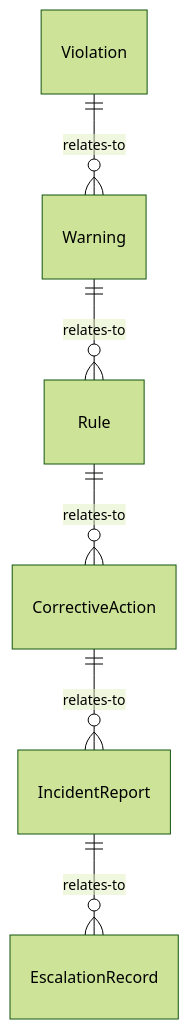
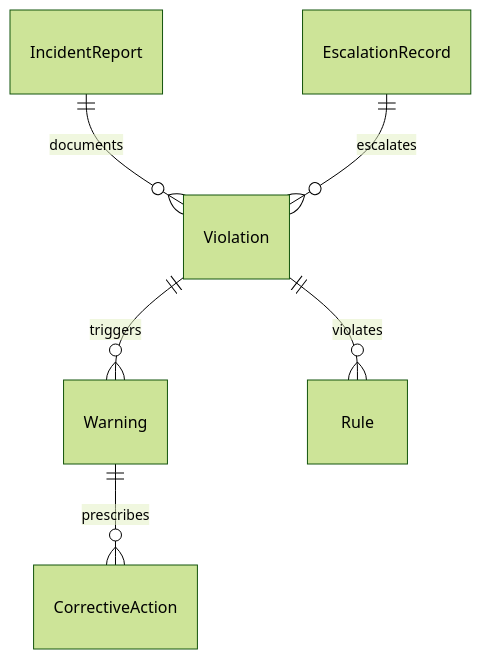
Before and after one commit to dot-org-ai/tasks.org.ai: the first of 4 diagrams in CommunicatingWithSupervisorsPeersOrSubordinates/NotifyOthersOfEmergenciesOrProblems/WarnIndividualsAboutRuleViolations.mdx, drawn with Mermaid (forest theme). The commit also changed other lines of this file and 515 other files, not shown here.

````diff
--- a/CommunicatingWithSupervisorsPeersOrSubordinates/NotifyOthersOfEmergenciesOrProblems/WarnIndividualsAboutRuleViolations.mdx
+++ b/CommunicatingWithSupervisorsPeersOrSubordinates/NotifyOthersOfEmergenciesOrProblems/WarnIndividualsAboutRuleViolations.mdx
@@ -86,8 +86,8 @@
 ```mermaid
 erDiagram
-    Violation ||--o{ Warning : relates-to
-    Warning ||--o{ Rule : relates-to
-    Rule ||--o{ CorrectiveAction : relates-to
-    CorrectiveAction ||--o{ IncidentReport : relates-to
-    IncidentReport ||--o{ EscalationRecord : relates-to
+    Violation ||--o{ Warning : triggers
+    Violation ||--o{ Rule : violates
+    Warning ||--o{ CorrectiveAction : prescribes
+    IncidentReport ||--o{ Violation : documents
+    EscalationRecord ||--o{ Violation : escalates
 ```
````
